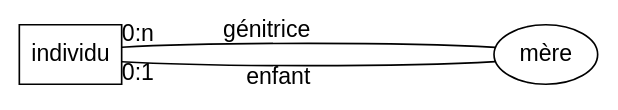
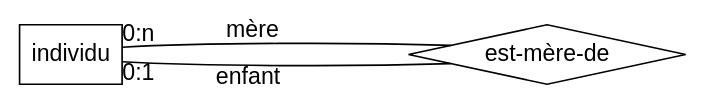
Before and after one commit to bgentou/MA15E045: the third of 8 diagrams in slides/Modelisation_1.qmd, drawn with Graphviz. The commit also changed other lines of this file and 250 other files, not shown here.

````diff
--- a/slides/Modelisation_1.qmd
+++ b/slides/Modelisation_1.qmd
@@ -411,16 +399,16 @@
 ```{dot}
 //| label: "er6-roles"
 //| eval: true
 //| echo: false
 graph ER {
 	fontname="Helvetica,Arial,sans-serif"
 	node [fontname="Helvetica,Arial,sans-serif"]
 	edge [fontname="Helvetica,Arial,sans-serif"]
 	layout=neato
 	splines=curved
 	node [shape=box, pos="3,5!"]; individu; 
-	node [shape=ellipse, pos="7,5!"]; mère ;
-	individu -- mère [taillabel=<0:n<br/>>, label=<génitrice>, minlen=4];
-	mère -- individu [headlabel=<0:1>, label=<enfant>, minlen=10]
+	node [shape=diamond, pos="7,5!"]; "est-mère-de" ;
+	individu -- "est-mère-de" [taillabel=<0:n<br/>>, label=<mère>, minlen=4];
+	"est-mère-de" -- individu [headlabel=<0:1>, label=<enfant>, minlen=10]
 }
 ```
````
